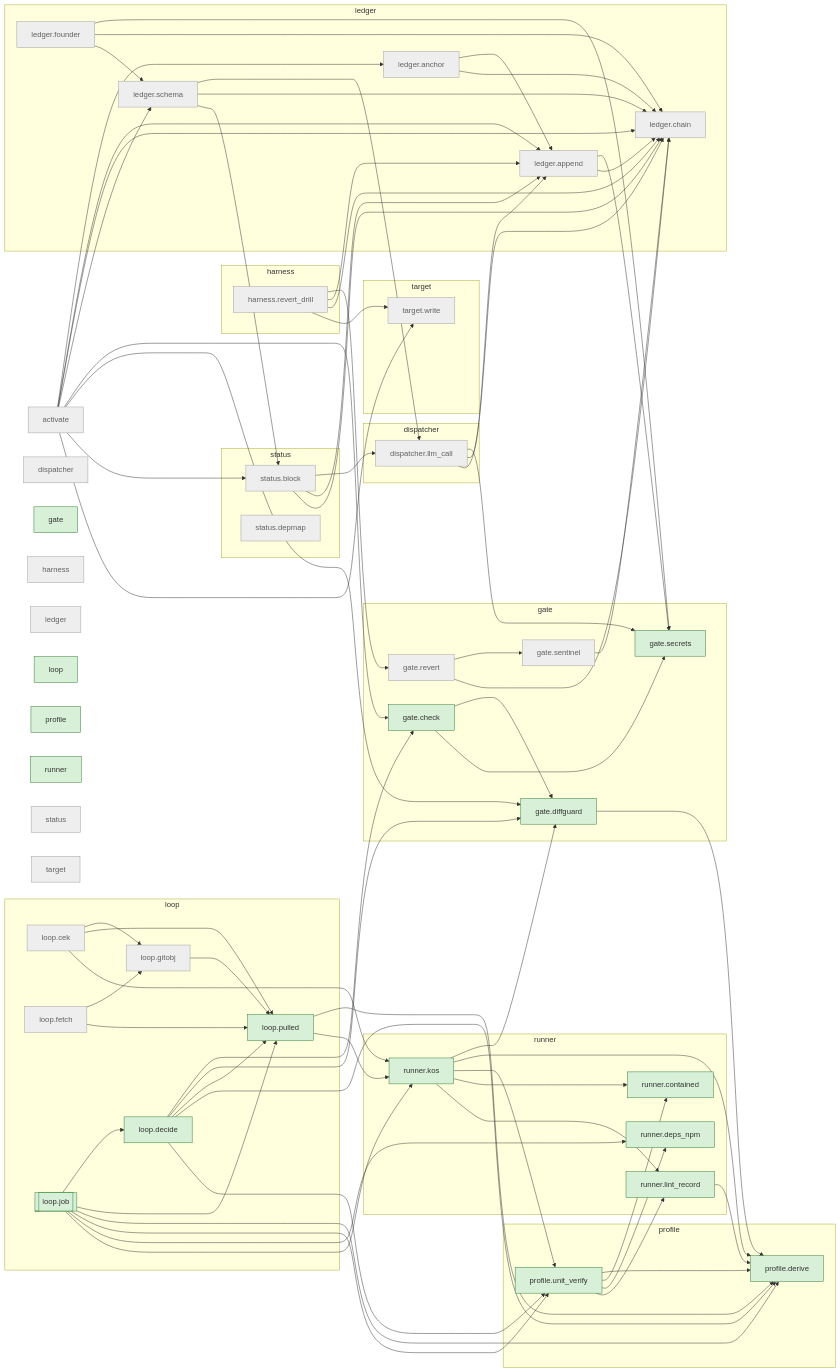
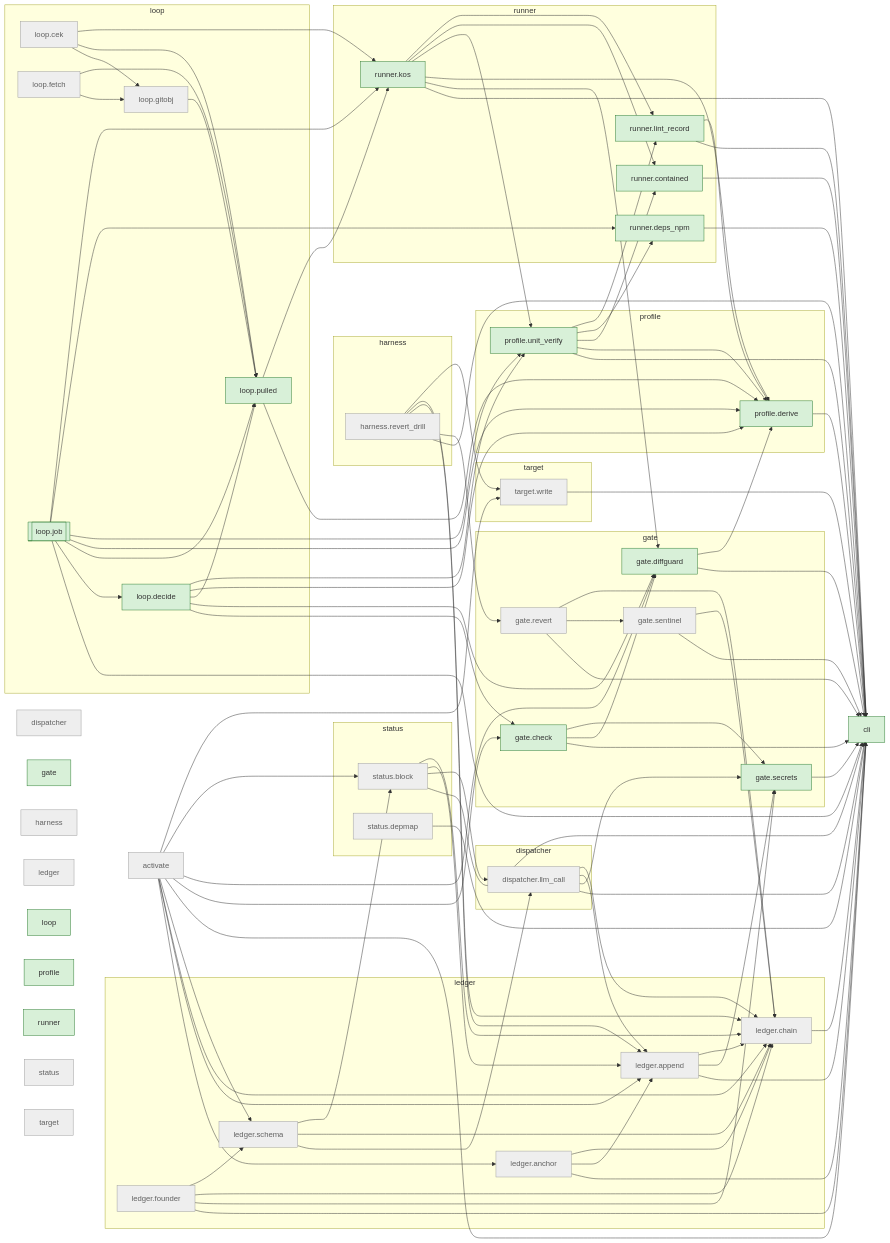
One commit to Okan-wqm/snowball-rehearsal-brain changed the diagram in docs/map/brain.md. Above: the diagram before and after it, drawn with Mermaid. The commit also changed other lines of this file and 26 other files, not shown here.

````diff
--- a/docs/map/brain.md
+++ b/docs/map/brain.md
@@ -13,125 +13,148 @@
 ```mermaid
 flowchart LR
     n0["activate"]
-    n1["dispatcher"]
-    n3["gate"]
-    n9["harness"]
-    n11["ledger"]
-    n17["loop"]
-    n24["profile"]
-    n27["runner"]
-    n32["status"]
-    n35["target"]
+    n1["cli"]
+    n2["dispatcher"]
+    n4["gate"]
+    n10["harness"]
+    n12["ledger"]
+    n18["loop"]
+    n25["profile"]
+    n28["runner"]
+    n33["status"]
+    n36["target"]
   subgraph g_dispatcher["dispatcher"]
-    n2["dispatcher.llm_call"]
+    n3["dispatcher.llm_call"]
   end
   subgraph g_gate["gate"]
-    n4["gate.check"]
-    n5["gate.diffguard"]
-    n6["gate.revert"]
-    n7["gate.secrets"]
-    n8["gate.sentinel"]
+    n5["gate.check"]
+    n6["gate.diffguard"]
+    n7["gate.revert"]
+    n8["gate.secrets"]
+    n9["gate.sentinel"]
   end
   subgraph g_harness["harness"]
-    n10["harness.revert_drill"]
+    n11["harness.revert_drill"]
   end
   subgraph g_ledger["ledger"]
-    n12["ledger.anchor"]
-    n13["ledger.append"]
-    n14["ledger.chain"]
-    n15["ledger.founder"]
-    n16["ledger.schema"]
+    n13["ledger.anchor"]
+    n14["ledger.append"]
+    n15["ledger.chain"]
+    n16["ledger.founder"]
+    n17["ledger.schema"]
   end
   subgraph g_loop["loop"]
-    n18["loop.cek"]
-    n19["loop.decide"]
-    n20["loop.fetch"]
-    n21["loop.gitobj"]
-    n22[["loop.job"]]
-    n23["loop.pulled"]
+    n19["loop.cek"]
+    n20["loop.decide"]
+    n21["loop.fetch"]
+    n22["loop.gitobj"]
+    n23[["loop.job"]]
+    n24["loop.pulled"]
   end
   subgraph g_profile["profile"]
-    n25["profile.derive"]
-    n26["profile.unit_verify"]
+    n26["profile.derive"]
+    n27["profile.unit_verify"]
   end
   subgraph g_runner["runner"]
-    n28["runner.contained"]
-    n29["runner.deps_npm"]
-    n30["runner.kos"]
-    n31["runner.lint_record"]
+    n29["runner.contained"]
+    n30["runner.deps_npm"]
+    n31["runner.kos"]
+    n32["runner.lint_record"]
   end
   subgraph g_status["status"]
-    n33["status.block"]
-    n34["status.depmap"]
+    n34["status.block"]
+    n35["status.depmap"]
   end
   subgraph g_target["target"]
-    n36["target.write"]
+    n37["target.write"]
   end
-  n0 --> n4
+  n0 --> n1
   n0 --> n5
-  n0 --> n12
+  n0 --> n6
   n0 --> n13
   n0 --> n14
-  n0 --> n16
-  n0 --> n33
-  n0 --> n36
-  n2 --> n7
-  n2 --> n13
-  n2 --> n14
-  n4 --> n5
-  n4 --> n7
-  n5 --> n25
-  n6 --> n8
-  n6 --> n14
-  n8 --> n14
-  n10 --> n6
-  n10 --> n13
-  n10 --> n14
-  n10 --> n36
-  n12 --> n13
-  n12 --> n14
-  n13 --> n7
+  n0 --> n15
+  n0 --> n17
+  n0 --> n34
+  n0 --> n37
+  n3 --> n1
+  n3 --> n8
+  n3 --> n14
+  n3 --> n15
+  n5 --> n1
+  n5 --> n6
+  n5 --> n8
+  n6 --> n1
+  n6 --> n26
+  n7 --> n1
+  n7 --> n9
+  n7 --> n15
+  n8 --> n1
+  n9 --> n1
+  n9 --> n15
+  n11 --> n1
+  n11 --> n7
+  n11 --> n14
+  n11 --> n15
+  n11 --> n37
+  n13 --> n1
   n13 --> n14
-  n15 --> n7
-  n15 --> n14
-  n15 --> n16
-  n16 --> n2
-  n16 --> n14
-  n16 --> n33
-  n18 --> n21
-  n18 --> n23
-  n18 --> n30
-  n19 --> n4
-  n19 --> n5
-  n19 --> n23
-  n19 --> n25
-  n19 --> n26
-  n20 --> n21
-  n20 --> n23
-  n21 --> n23
-  n22 --> n19
-  n22 --> n23
-  n22 --> n25
-  n22 --> n26
-  n22 --> n29
-  n22 --> n30
-  n23 --> n25
+  n13 --> n15
+  n14 --> n1
+  n14 --> n8
+  n14 --> n15
+  n15 --> n1
+  n16 --> n1
+  n16 --> n8
+  n16 --> n15
+  n16 --> n17
+  n17 --> n3
+  n17 --> n15
+  n17 --> n34
+  n19 --> n22
+  n19 --> n24
+  n19 --> n31
+  n20 --> n5
+  n20 --> n6
+  n20 --> n24
+  n20 --> n26
+  n20 --> n27
+  n21 --> n22
+  n21 --> n24
+  n22 --> n24
+  n23 --> n1
+  n23 --> n20
+  n23 --> n24
+  n23 --> n26
+  n23 --> n27
   n23 --> n30
-  n26 --> n25
-  n26 --> n28
-  n26 --> n29
-  n26 --> n31
-  n30 --> n5
-  n30 --> n25
-  n30 --> n26
-  n30 --> n28
-  n30 --> n31
-  n31 --> n25
-  n33 --> n2
-  n33 --> n13
-  n33 --> n14
+  n23 --> n31
+  n24 --> n26
+  n24 --> n31
+  n26 --> n1
+  n27 --> n1
+  n27 --> n26
+  n27 --> n29
+  n27 --> n30
+  n27 --> n32
+  n29 --> n1
+  n30 --> n1
+  n31 --> n1
+  n31 --> n6
+  n31 --> n26
+  n31 --> n27
+  n31 --> n29
+  n31 --> n32
+  n32 --> n1
+  n32 --> n26
+  n34 --> n1
+  n34 --> n3
+  n34 --> n14
+  n34 --> n15
+  n35 --> n1
+  n37 --> n1
   classDef live fill:#d8f0d8,stroke:#2e7d32
   classDef off fill:#eeeeee,stroke:#9e9e9e,color:#616161
-  class n3,n4,n5,n7,n17,n19,n22,n23,n24,n25,n26,n27,n28,n29,n30,n31 live
-  class n0,n1,n2,n6,n8,n9,n10,n11,n12,n13,n14,n15,n16,n18,n20,n21,n32,n33,n34,n35,n36 off
+  class n1,n4,n5,n6,n8,n18,n20,n23,n24,n25,n26,n27,n28,n29,n30,n31,n32 live
+  class n0,n2,n3,n7,n9,n10,n11,n12,n13,n14,n15,n16,n17,n19,n21,n22,n33,n34,n35,n36,n37 off
 ```
````
